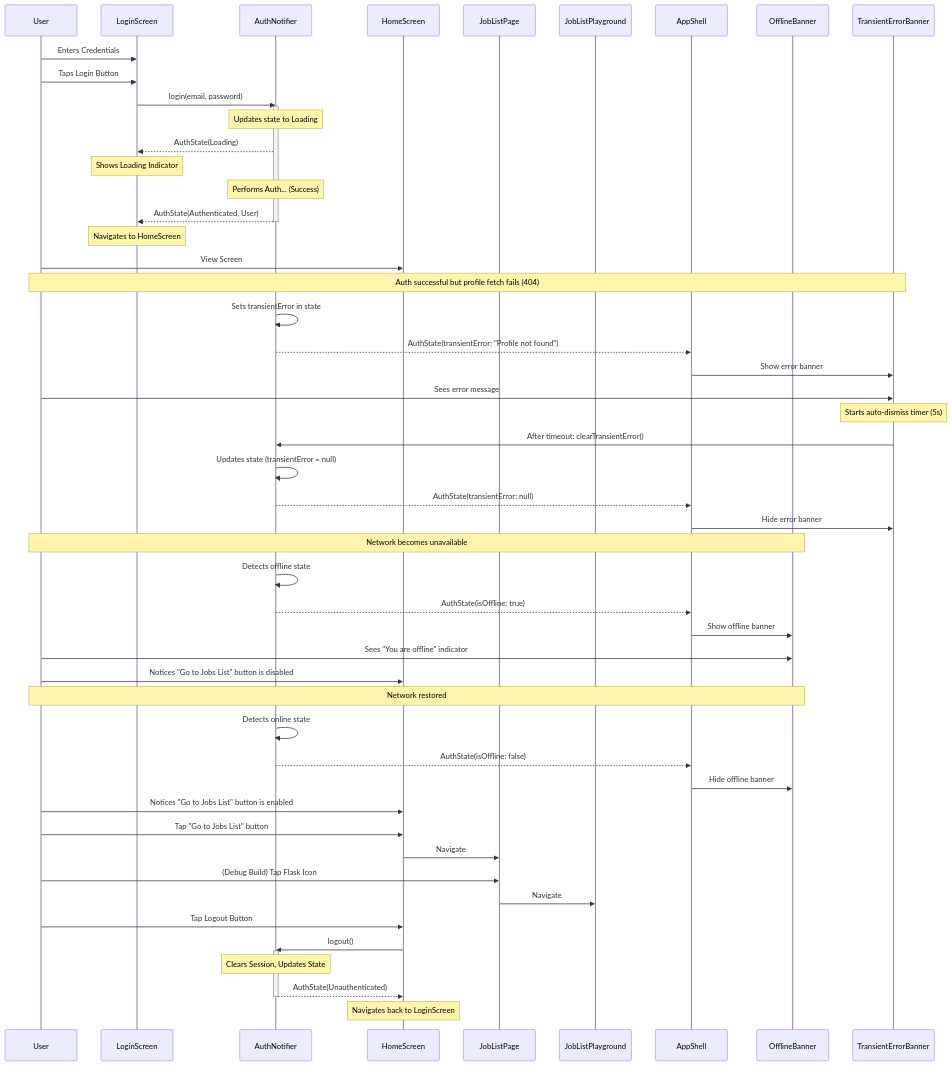
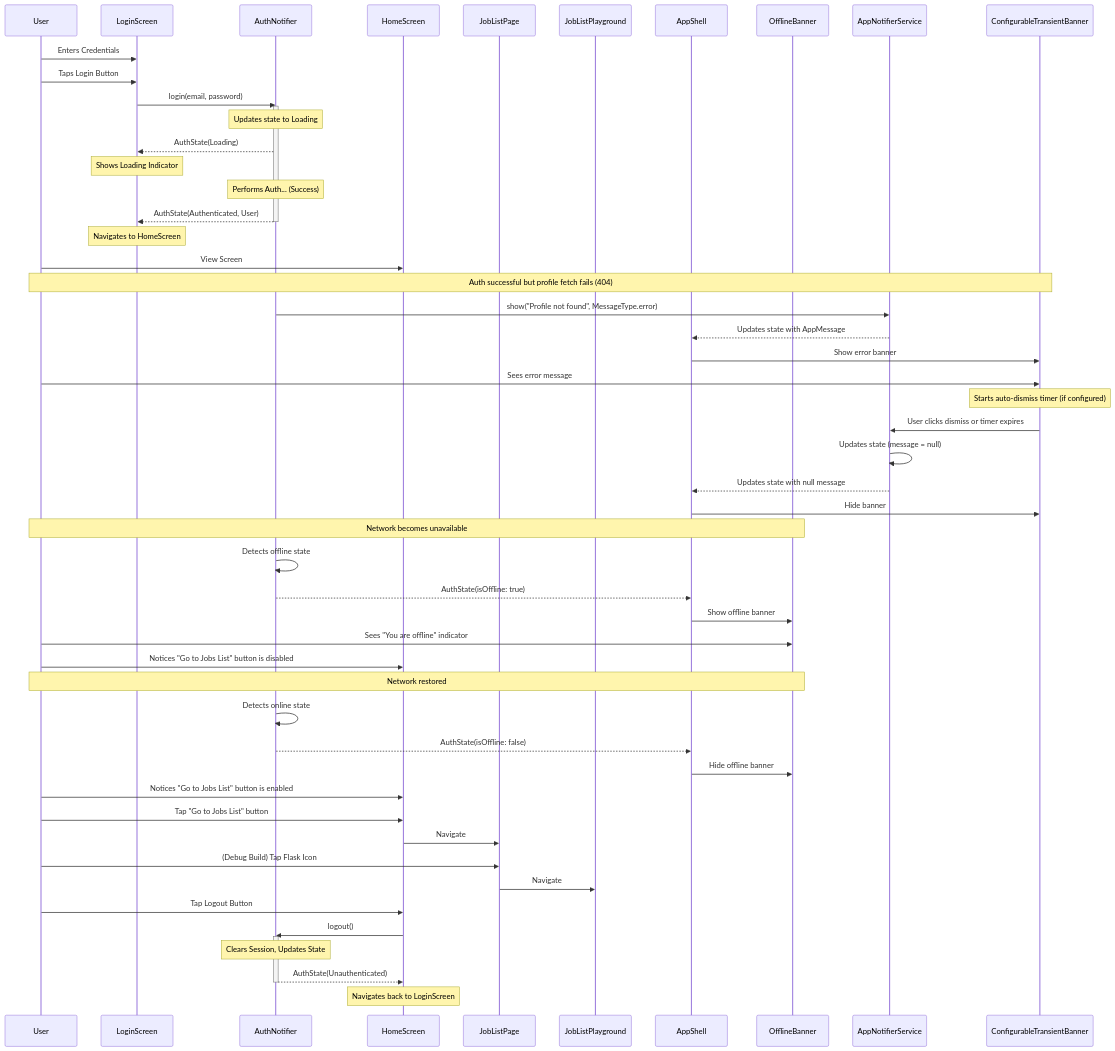
The second of 2 diagrams in docs/current/ui-screens-overview.md (MediScribe/docjet-mobile), drawn with Mermaid before and after one commit. The commit also changed other lines of this file and 3 other files, not shown here.

First line of the commit message:
docs: Update architecture for centralized notification system

````diff
--- a/docs/current/ui-screens-overview.md
+++ b/docs/current/ui-screens-overview.md
@@ -35,70 +35,71 @@
 ```mermaid
 sequenceDiagram
     participant User
     participant LoginScreen
     participant AuthNotifier
     participant HomeScreen
     participant JobListPage
     participant JobListPlayground
     participant AppShell
     participant OfflineBanner
-    participant TransientErrorBanner
+    participant AppNotifierService
+    participant ConfigurableTransientBanner
 
     %% Login Flow
     User->>LoginScreen: Enters Credentials
     User->>LoginScreen: Taps Login Button
     LoginScreen->>AuthNotifier: login(email, password)
     activate AuthNotifier
     Note over AuthNotifier: Updates state to Loading
     AuthNotifier-->>LoginScreen: AuthState(Loading)
     Note over LoginScreen: Shows Loading Indicator
     Note over AuthNotifier: Performs Auth... (Success)
     AuthNotifier-->>LoginScreen: AuthState(Authenticated, User)
     deactivate AuthNotifier
     Note over LoginScreen: Navigates to HomeScreen
 
     %% Post-Login & Intended Navigation
     User->>HomeScreen: View Screen
     
     %% Transient Error Scenario
-    Note over User,TransientErrorBanner: Auth successful but profile fetch fails (404)
-    AuthNotifier->>AuthNotifier: Sets transientError in state
-    AuthNotifier-->>AppShell: AuthState(transientError: "Profile not found")
-    AppShell->>TransientErrorBanner: Show error banner
-    User->>TransientErrorBanner: Sees error message
-    Note over TransientErrorBanner: Starts auto-dismiss timer (5s)
-    TransientErrorBanner->>AuthNotifier: After timeout: clearTransientError()
-    AuthNotifier->>AuthNotifier: Updates state (transientError = null)
-    AuthNotifier-->>AppShell: AuthState(transientError: null)
-    AppShell->>TransientErrorBanner: Hide error banner
+    Note over User,ConfigurableTransientBanner: Auth successful but profile fetch fails (404)
+    AuthNotifier->>AppNotifierService: show("Profile not found", MessageType.error)
+    AppNotifierService-->>AppShell: Updates state with AppMessage
+    AppShell->>ConfigurableTransientBanner: Show error banner
+    User->>ConfigurableTransientBanner: Sees error message
+    Note over ConfigurableTransientBanner: Starts auto-dismiss timer (if configured)
+    ConfigurableTransientBanner->>AppNotifierService: User clicks dismiss or timer expires
+    AppNotifierService->>AppNotifierService: Updates state (message = null)
+    AppNotifierService-->>AppShell: Updates state with null message
+    AppShell->>ConfigurableTransientBanner: Hide banner
     
     %% Offline Scenario
     Note over User,OfflineBanner: Network becomes unavailable
     AuthNotifier->>AuthNotifier: Detects offline state
     AuthNotifier-->>AppShell: AuthState(isOffline: true)
     AppShell->>OfflineBanner: Show offline banner
     User->>OfflineBanner: Sees "You are offline" indicator
     User->>HomeScreen: Notices "Go to Jobs List" button is disabled
     
     %% Online Scenario
     Note over User,OfflineBanner: Network restored
     AuthNotifier->>AuthNotifier: Detects online state
     AuthNotifier-->>AppShell: AuthState(isOffline: false)
     AppShell->>OfflineBanner: Hide offline banner
     User->>HomeScreen: Notices "Go to Jobs List" button is enabled
     User->>HomeScreen: Tap "Go to Jobs List" button
     HomeScreen->>JobListPage: Navigate
 
     %% Debug Playground Navigation (Optional)
     User->>JobListPage: (Debug Build) Tap Flask Icon
     JobListPage->>JobListPlayground: Navigate
 
     %% Logout Flow
     User->>HomeScreen: Tap Logout Button
     HomeScreen->>AuthNotifier: logout()
     activate AuthNotifier
     Note over AuthNotifier: Clears Session, Updates State
     AuthNotifier-->>HomeScreen: AuthState(Unauthenticated)
     deactivate AuthNotifier
     Note over HomeScreen: Navigates back to LoginScreen
 ```
````
